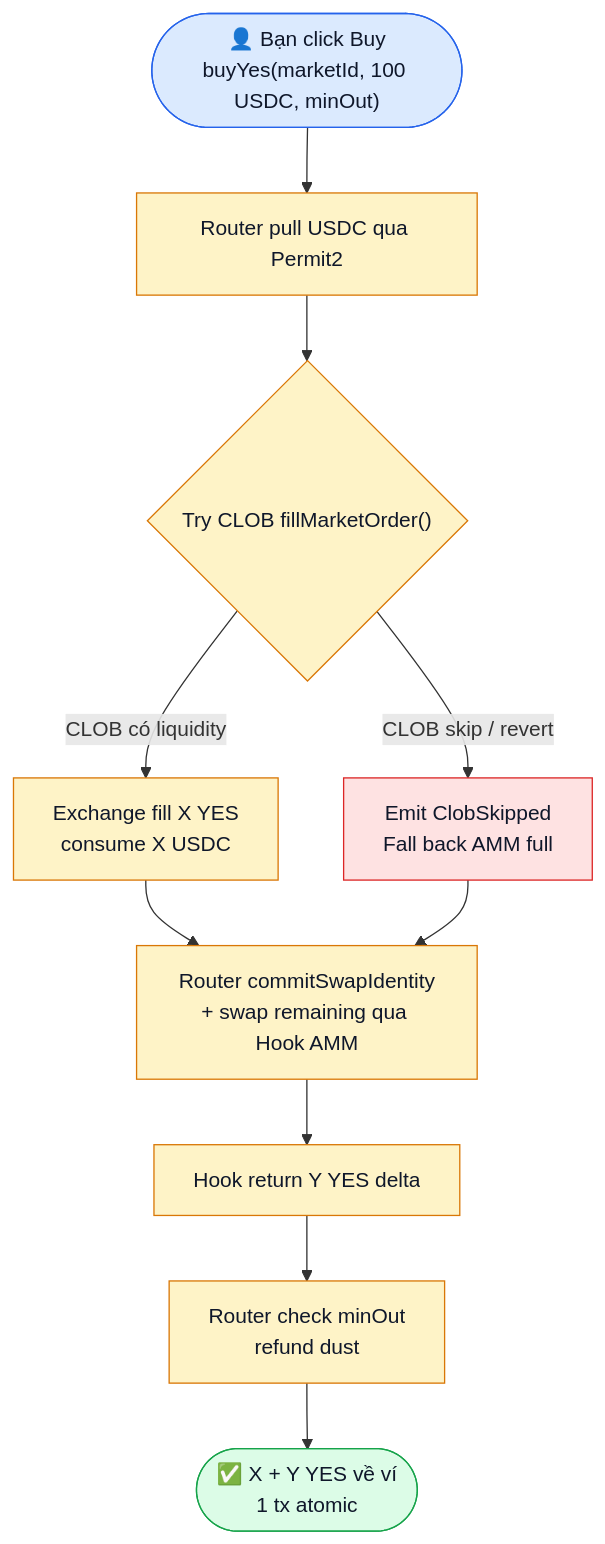
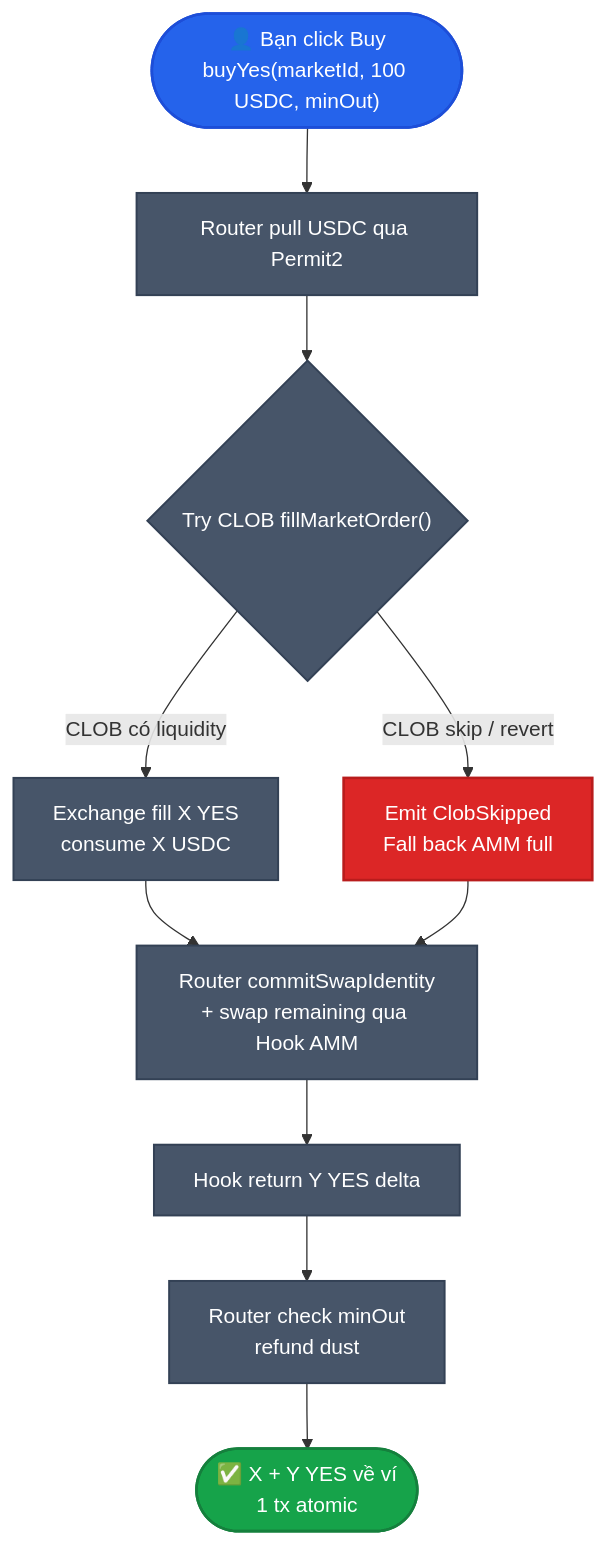
Before and after one commit to PrediX-Protocol/predix-docs: the diagram in vi_v6/bat-dau/giao-dich-dau-tien.md, drawn with Mermaid. The commit also changed 32 other files, not shown here.

First line of the commit message:
docs(vi_v6): redesign Mermaid theme — solid mid-tone palette + dark theme

````diff
--- a/vi_v6/bat-dau/giao-dich-dau-tien.md
+++ b/vi_v6/bat-dau/giao-dich-dau-tien.md
@@ -22,22 +22,22 @@
 ```mermaid
 flowchart TD
     Start(["👤 Bạn click Buy<br/>buyYes(marketId, 100 USDC, minOut)"])
     Start --> S1["Router pull USDC qua Permit2"]
     S1 --> S2{"Try CLOB fillMarketOrder()"}
     S2 -->|CLOB có liquidity| S3["Exchange fill X YES<br/>consume X USDC"]
     S2 -->|CLOB skip / revert| S4["Emit ClobSkipped<br/>Fall back AMM full"]
     S3 --> S5
     S4 --> S5["Router commitSwapIdentity<br/>+ swap remaining qua Hook AMM"]
     S5 --> S6["Hook return Y YES delta"]
     S6 --> S7["Router check minOut<br/>refund dust"]
     S7 --> End(["✅ X + Y YES về ví<br/>1 tx atomic"])
 
-    classDef st fill:#dbeafe,stroke:#2563eb,color:#0f172a
-    classDef step fill:#fef3c7,stroke:#d97706,color:#0f172a
-    classDef alt fill:#fee2e2,stroke:#dc2626,color:#0f172a
-    classDef ok fill:#dcfce7,stroke:#16a34a,color:#0f172a
+    classDef st fill:#2563eb,stroke:#1d4ed8,color:#fff,stroke-width:2px
+    classDef step fill:#475569,stroke:#334155,color:#fff,stroke-width:1.5px
+    classDef alt fill:#dc2626,stroke:#b91c1c,color:#fff,stroke-width:2px
+    classDef ok fill:#16a34a,stroke:#15803d,color:#fff,stroke-width:2px
     class Start st
     class S1,S2,S3,S5,S6,S7 step
     class S4 alt
     class End ok
 ```
````
